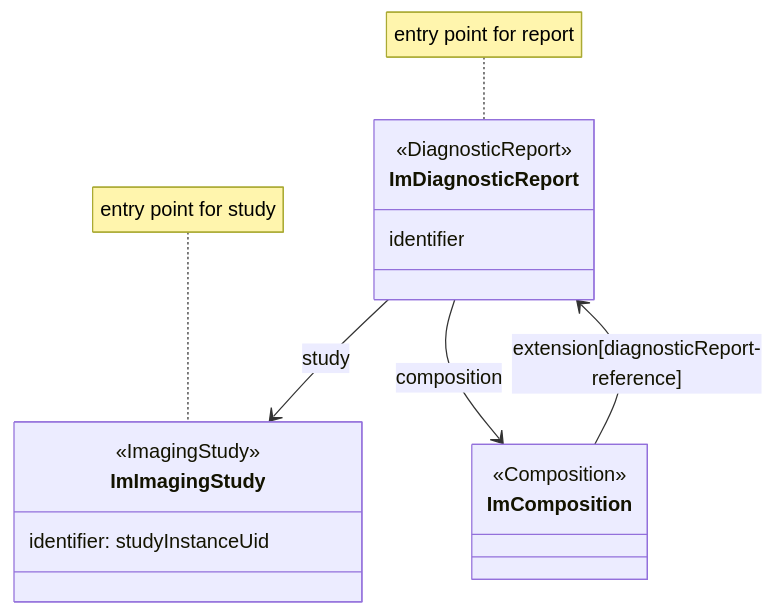
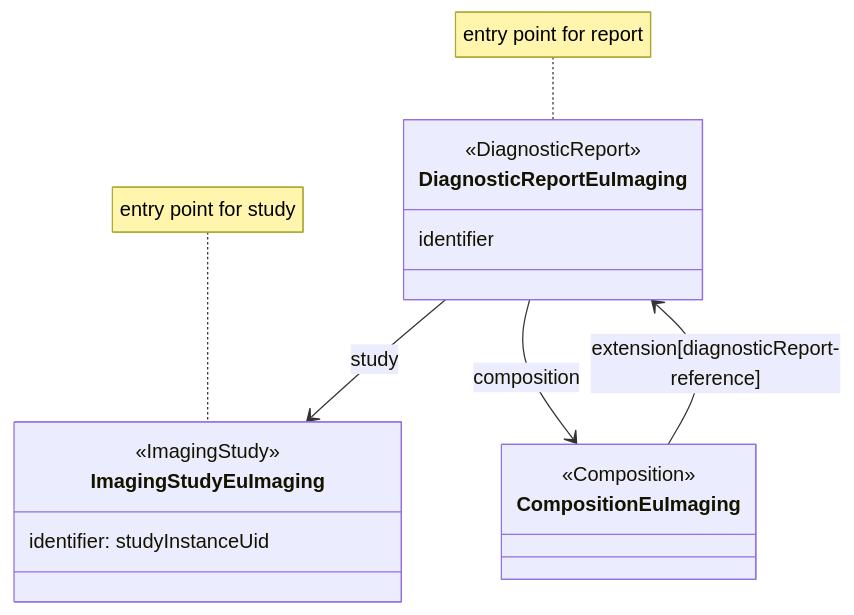
The diagram in igs/r4/input/pagecontent/design-consideration-data-entrypoints.md (hl7-eu/imaging), drawn with Mermaid before and after one commit. The commit also changed 142 other files, not shown here.

````diff
--- a/igs/r4/input/pagecontent/design-consideration-data-entrypoints.md
+++ b/igs/r4/input/pagecontent/design-consideration-data-entrypoints.md
@@ -10,19 +10,19 @@
 ```mermaid
 classDiagram
-  class ImImagingStudy{ 
+  class ImagingStudyEuImaging{ 
     <<ImagingStudy>> 
     identifier: studyInstanceUid
   }
-  class ImDiagnosticReport{ 
+  class DiagnosticReportEuImaging{ 
     <<DiagnosticReport>> 
     identifier
   }
-  class ImComposition{ <<Composition>>}
+  class CompositionEuImaging{ <<Composition>>}
   
-  ImDiagnosticReport --> ImImagingStudy: study
-  ImDiagnosticReport --> ImComposition: composition
-  ImComposition --> ImDiagnosticReport: extension[diagnosticReport-reference]
+  DiagnosticReportEuImaging --> ImagingStudyEuImaging: study
+  DiagnosticReportEuImaging --> CompositionEuImaging: composition
+  CompositionEuImaging --> DiagnosticReportEuImaging: extension[diagnosticReport-reference]
 
-  note for ImDiagnosticReport "entry point for report"
-  note for ImImagingStudy "entry point for study"
+  note for DiagnosticReportEuImaging "entry point for report"
+  note for ImagingStudyEuImaging "entry point for study"
 ```
````
